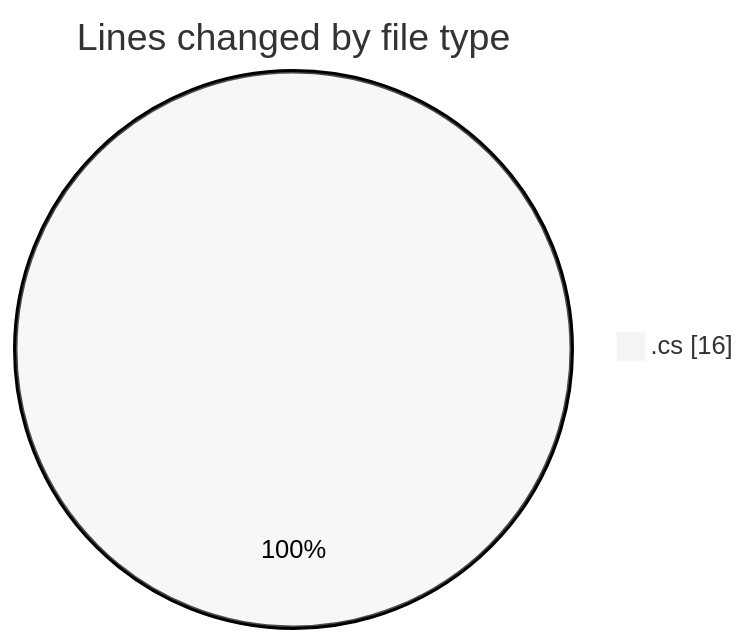
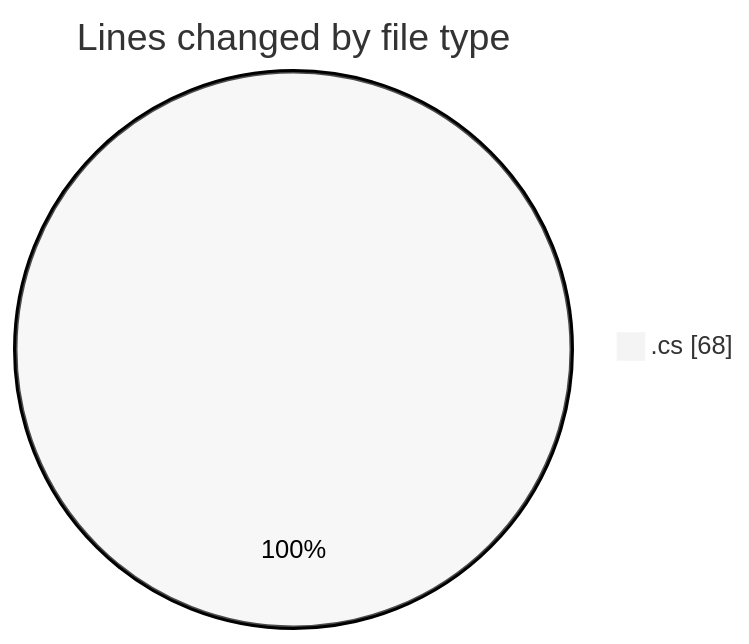
Before and after one commit to Unknowalive/code-tracking: the first of 2 diagrams in 2026-09-01/immersive_codes/README.md, drawn with Mermaid (neutral theme). The commit also changed other lines of this file and 1 other file, not shown here.

````diff
--- a/2026-09-01/immersive_codes/README.md
+++ b/2026-09-01/immersive_codes/README.md
@@ -20,5 +20,5 @@
 ```mermaid
 pie showData
 title Lines changed by file type
-".cs" : 16
+".cs" : 68
 ```
````
